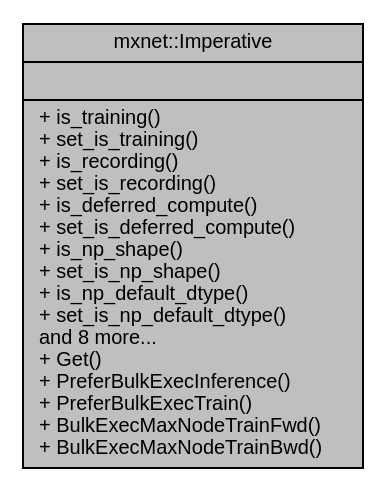
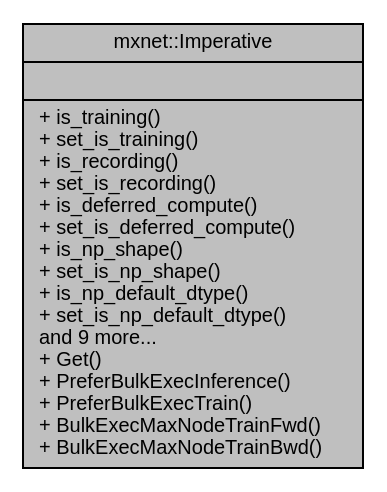
Before and after one commit to terrorizer1980/incubator-mxnet-site: the diagram in api/cpp/docs/api/classmxnet_1_1Imperative__coll__graph.dot, drawn with Graphviz. The commit also changed 5472 other files, not shown here.

```diff
--- a/api/cpp/docs/api/classmxnet_1_1Imperative__coll__graph.dot
+++ b/api/cpp/docs/api/classmxnet_1_1Imperative__coll__graph.dot
@@ -1,7 +1,7 @@
 digraph "mxnet::Imperative"
 {
  // LATEX_PDF_SIZE
   edge [fontname="Helvetica",fontsize="10",labelfontname="Helvetica",labelfontsize="10"];
   node [fontname="Helvetica",fontsize="10",shape=record];
-  Node1 [label="{mxnet::Imperative\n||+ is_training()\l+ set_is_training()\l+ is_recording()\l+ set_is_recording()\l+ is_deferred_compute()\l+ set_is_deferred_compute()\l+ is_np_shape()\l+ set_is_np_shape()\l+ is_np_default_dtype()\l+ set_is_np_default_dtype()\land 8 more...\l+ Get()\l+ PreferBulkExecInference()\l+ PreferBulkExecTrain()\l+ BulkExecMaxNodeTrainFwd()\l+ BulkExecMaxNodeTrainBwd()\l}",height=0.2,width=0.4,color="black", fillcolor="grey75", style="filled", fontcolor="black",tooltip="runtime functions for NDArray"];
+  Node1 [label="{mxnet::Imperative\n||+ is_training()\l+ set_is_training()\l+ is_recording()\l+ set_is_recording()\l+ is_deferred_compute()\l+ set_is_deferred_compute()\l+ is_np_shape()\l+ set_is_np_shape()\l+ is_np_default_dtype()\l+ set_is_np_default_dtype()\land 9 more...\l+ Get()\l+ PreferBulkExecInference()\l+ PreferBulkExecTrain()\l+ BulkExecMaxNodeTrainFwd()\l+ BulkExecMaxNodeTrainBwd()\l}",height=0.2,width=0.4,color="black", fillcolor="grey75", style="filled", fontcolor="black",tooltip="runtime functions for NDArray"];
 }
```
